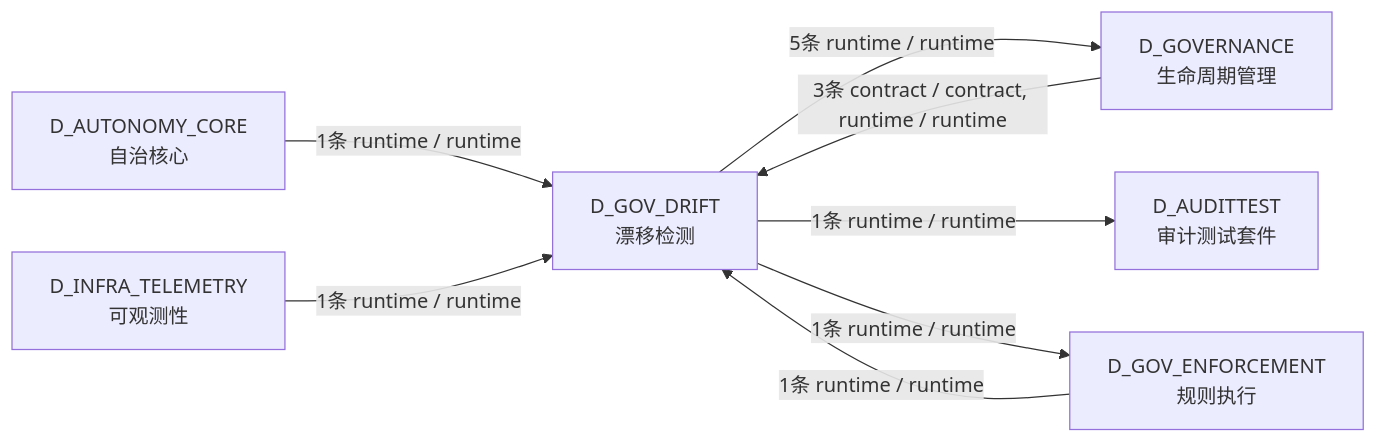
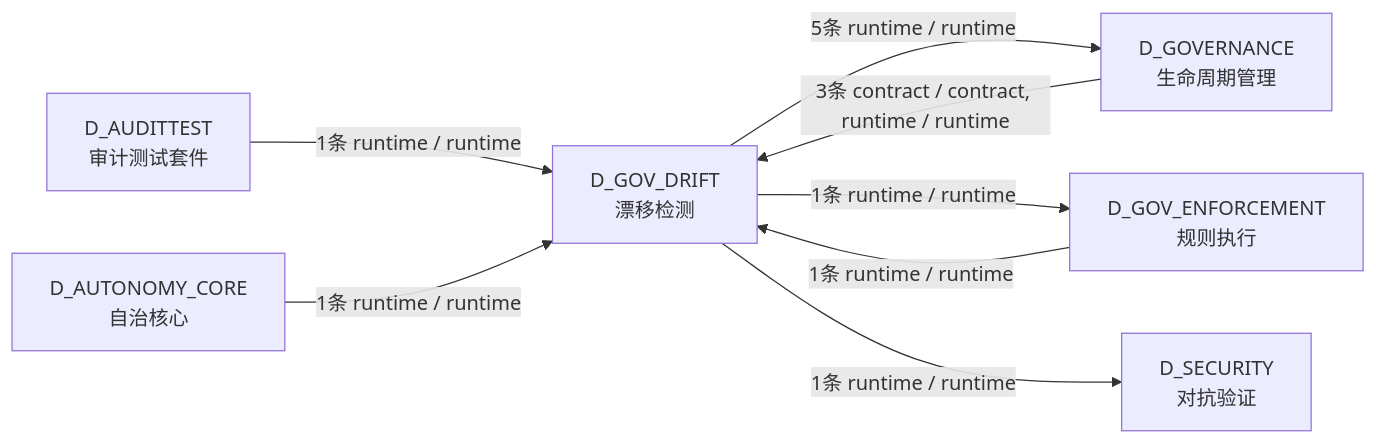
The third of 3 diagrams in docs/02_enterprise_architecture/02_domain_architecture_docs/34_d_gov_drift.md (xuanFelixVan/ZephyrAlpha), drawn with Mermaid before and after one commit. The commit also changed other lines of this file and 100 other files, not shown here.

````diff
--- a/docs/02_enterprise_architecture/02_domain_architecture_docs/34_d_gov_drift.md
+++ b/docs/02_enterprise_architecture/02_domain_architecture_docs/34_d_gov_drift.md
@@ -173,16 +173,16 @@
 ```mermaid
 graph LR
     D_GOV_DRIFT["D_GOV_DRIFT<br/>漂移检测"]
     D_GOVERNANCE["D_GOVERNANCE<br/>生命周期管理"]
+    D_GOV_ENFORCEMENT["D_GOV_ENFORCEMENT<br/>规则执行"]
+    D_SECURITY["D_SECURITY<br/>对抗验证"]
     D_AUDITTEST["D_AUDITTEST<br/>审计测试套件"]
-    D_GOV_ENFORCEMENT["D_GOV_ENFORCEMENT<br/>规则执行"]
     D_AUTONOMY_CORE["D_AUTONOMY_CORE<br/>自治核心"]
-    D_INFRA_TELEMETRY["D_INFRA_TELEMETRY<br/>可观测性"]
     D_GOV_DRIFT -->|5条 runtime / runtime| D_GOVERNANCE
-    D_GOV_DRIFT -->|1条 runtime / runtime| D_AUDITTEST
     D_GOV_DRIFT -->|1条 runtime / runtime| D_GOV_ENFORCEMENT
+    D_GOV_DRIFT -->|1条 runtime / runtime| D_SECURITY
     D_GOVERNANCE -->|3条 contract / contract, runtime / runtime| D_GOV_DRIFT
+    D_AUDITTEST -->|1条 runtime / runtime| D_GOV_DRIFT
     D_AUTONOMY_CORE -->|1条 runtime / runtime| D_GOV_DRIFT
     D_GOV_ENFORCEMENT -->|1条 runtime / runtime| D_GOV_DRIFT
-    D_INFRA_TELEMETRY -->|1条 runtime / runtime| D_GOV_DRIFT
 ```
````
